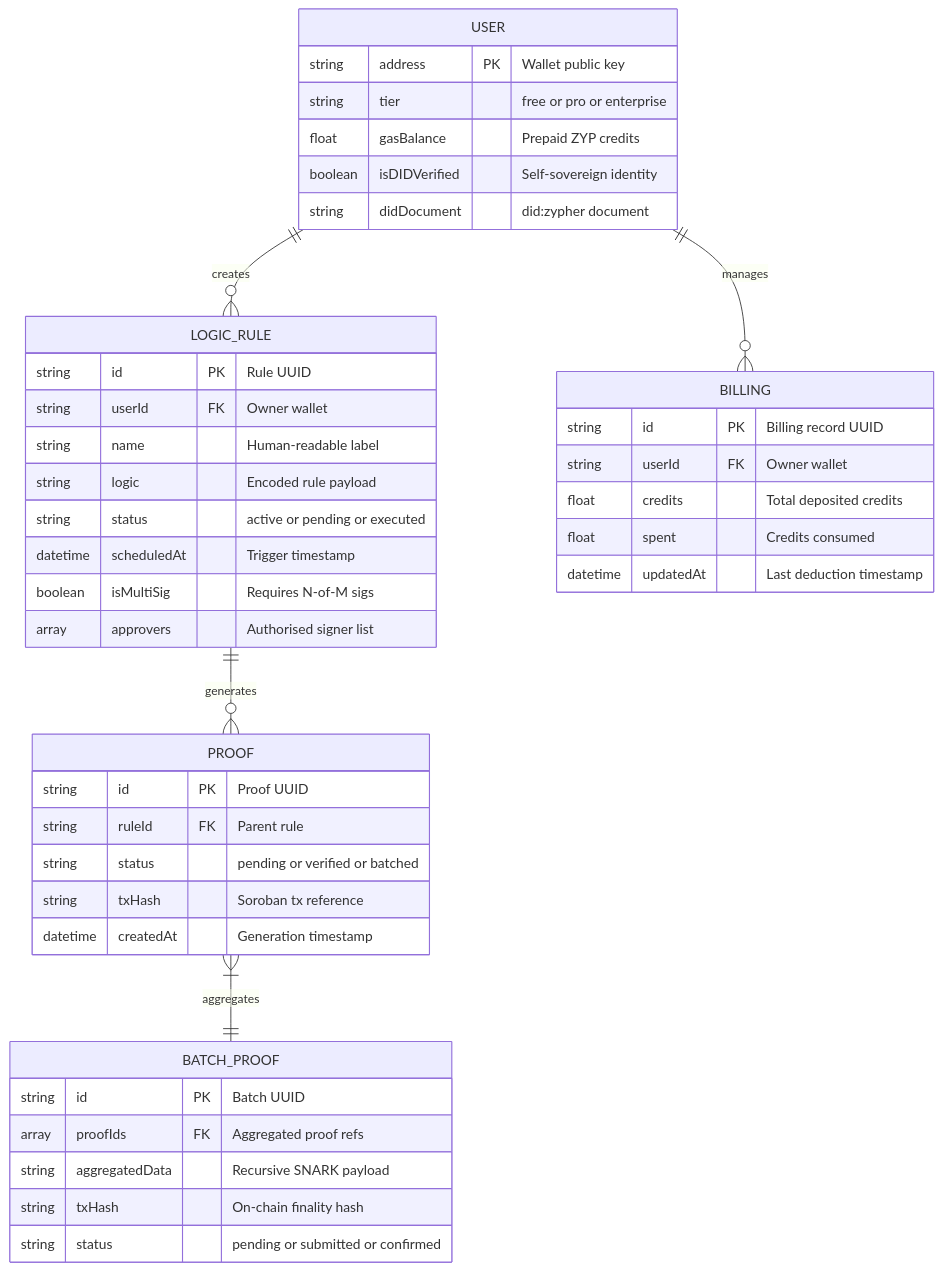
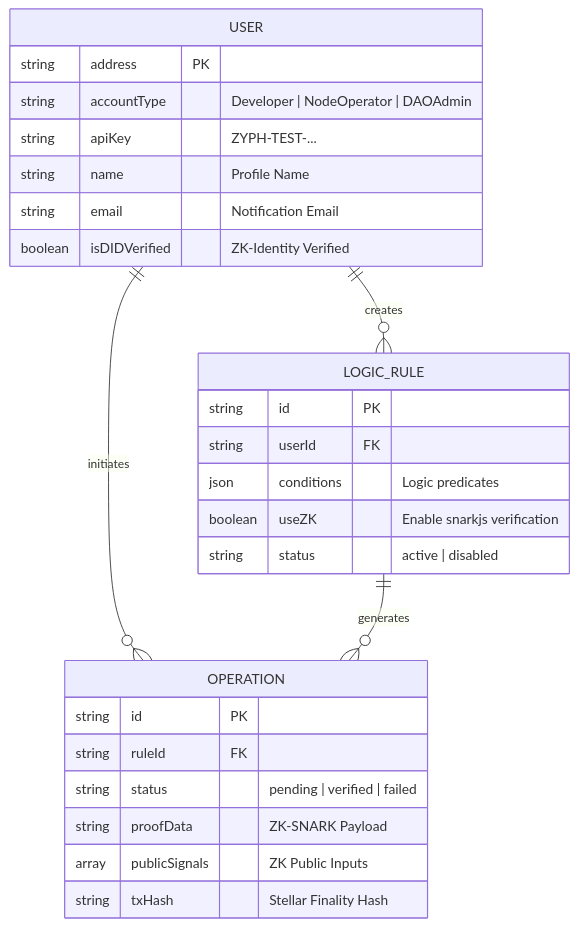
The fourth of 5 diagrams in ARCHITECTURE.md (Pritam9078/ZYPHERION), drawn with Mermaid before and after one commit. The commit also changed other lines of this file, not shown here.

````diff
--- a/ARCHITECTURE.md
+++ b/ARCHITECTURE.md
@@ -130,50 +120,32 @@
 ```mermaid
 erDiagram
     USER ||--o{ LOGIC_RULE : creates
-    USER ||--o{ BILLING : manages
-    LOGIC_RULE ||--o{ PROOF : generates
-    PROOF }|--|| BATCH_PROOF : aggregates
+    USER ||--o{ OPERATION : initiates
+    LOGIC_RULE ||--o{ OPERATION : generates
 
     USER {
-        string  address       PK  "Wallet public key"
-        string  tier              "free or pro or enterprise"
-        float   gasBalance        "Prepaid ZYP credits"
-        boolean isDIDVerified     "Self-sovereign identity"
-        string  didDocument       "did:zypher document"
+        string  address       PK
+        string  accountType      "Developer | NodeOperator | DAOAdmin"
+        string  apiKey           "ZYPH-TEST-..."
+        string  name             "Profile Name"
+        string  email            "Notification Email"
+        boolean isDIDVerified    "ZK-Identity Verified"
     }
 
     LOGIC_RULE {
-        string   id           PK  "Rule UUID"
-        string   userId       FK  "Owner wallet"
-        string   name             "Human-readable label"
-        string   logic            "Encoded rule payload"
-        string   status           "active or pending or executed"
-        datetime scheduledAt      "Trigger timestamp"
-        boolean  isMultiSig       "Requires N-of-M sigs"
-        array    approvers        "Authorised signer list"
+        string   id           PK
+        string   userId       FK
+        json     conditions       "Logic predicates"
+        boolean  useZK            "Enable snarkjs verification"
+        string   status           "active | disabled"
     }
 
-    PROOF {
-        string   id           PK  "Proof UUID"
-        string   ruleId       FK  "Parent rule"
-        string   status           "pending or verified or batched"
-        string   txHash           "Soroban tx reference"
-        datetime createdAt        "Generation timestamp"
-    }
-
-    BATCH_PROOF {
-        string   id           PK  "Batch UUID"
-        array    proofIds     FK  "Aggregated proof refs"
-        string   aggregatedData   "Recursive SNARK payload"
-        string   txHash           "On-chain finality hash"
-        string   status           "pending or submitted or confirmed"
-    }
-
-    BILLING {
-        string   id           PK  "Billing record UUID"
-        string   userId       FK  "Owner wallet"
-        float    credits          "Total deposited credits"
-        float    spent            "Credits consumed"
-        datetime updatedAt        "Last deduction timestamp"
+    OPERATION {
+        string   id           PK
+        string   ruleId       FK
+        string   status           "pending | verified | failed"
+        string   proofData        "ZK-SNARK Payload"
+        array    publicSignals    "ZK Public Inputs"
+        string   txHash           "Stellar Finality Hash"
     }
 ```
````
